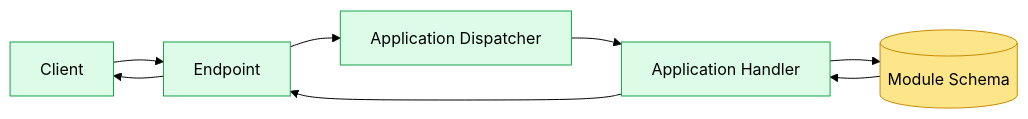
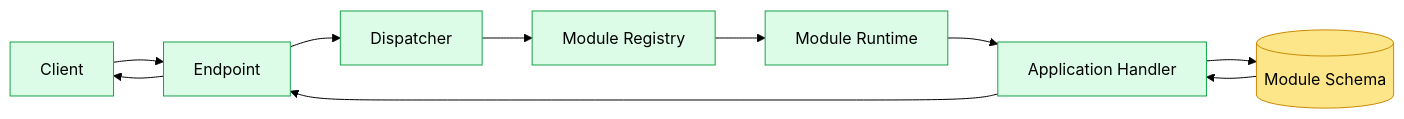
Before and after one commit to soufiane-rizk/Jobwize: the fifth of 7 diagrams in docs/architecture/09-runtime.md, drawn with Mermaid (forest theme). The commit also changed other lines of this file and 42 other files, not shown here.

First line of the commit message:
feat(runtime): replace MediatR with custom module runtime

````diff
--- a/docs/architecture/09-runtime.md
+++ b/docs/architecture/09-runtime.md
@@ -185,27 +280,33 @@
 ```mermaid
 flowchart LR
 
-    Client["Client"]
+Client["Client"]
 
-    Endpoint["Endpoint"]
+Endpoint["Endpoint"]
 
-    Dispatcher["Application Dispatcher"]
+Dispatcher["Dispatcher"]
 
-    Handler["Application Handler"]
+Registry["Module Registry"]
 
-    Database[(Module Schema)]
+Runtime["Module Runtime"]
 
-    Client --> Endpoint
-    Endpoint --> Dispatcher
-    Dispatcher --> Handler
-    Handler --> Database
-    Database --> Handler
-    Handler --> Endpoint
-    Endpoint --> Client
+Handler["Application Handler"]
 
-    classDef application fill:#dcfce7,stroke:#16a34a,color:#000;
-    classDef infrastructure fill:#fde68a,stroke:#ca8a04,color:#000;
+Database[(Module Schema)]
 
-    class Client,Endpoint,Dispatcher,Handler application;
-    class Database infrastructure;
+Client --> Endpoint
+Endpoint --> Dispatcher
+Dispatcher --> Registry
+Registry --> Runtime
+Runtime --> Handler
+Handler --> Database
+Database --> Handler
+Handler --> Endpoint
+Endpoint --> Client
+
+classDef application fill:#dcfce7,stroke:#16a34a,color:#000;
+classDef infrastructure fill:#fde68a,stroke:#ca8a04,color:#000;
+
+class Client,Endpoint,Dispatcher,Registry,Runtime,Handler application;
+class Database infrastructure;
 ```
````
